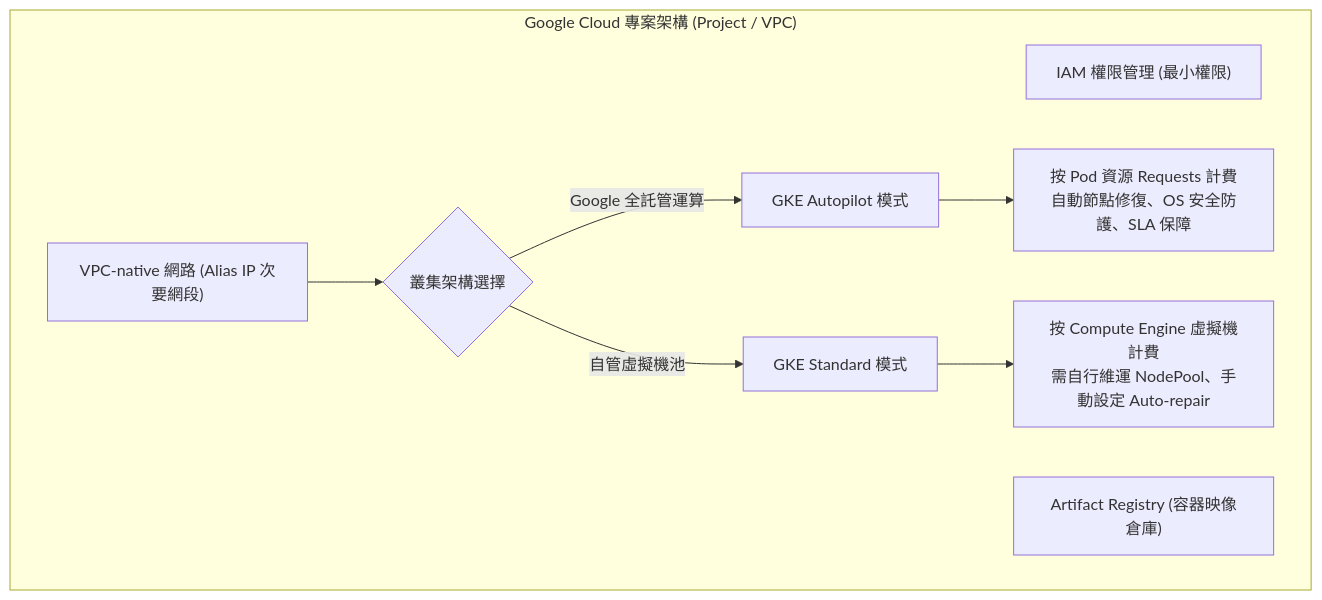
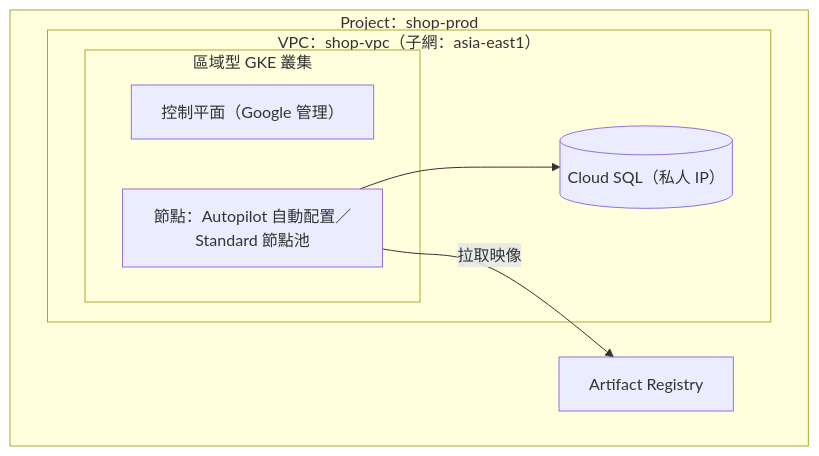
The diagram in src/content/docs/platforms/gke/platform-modes.md (RayLiu1999/Wiki), drawn with Mermaid before and after one commit. The commit also changed other lines of this file and 4 other files, not shown here.

````diff
--- a/src/content/docs/platforms/gke/platform-modes.md
+++ b/src/content/docs/platforms/gke/platform-modes.md
@@ -29,16 +47,15 @@
 ```mermaid
-flowchart TD
-    subgraph GCP["Google Cloud 專案架構 (Project / VPC)"]
-        IAM["IAM 權限管理 (最小權限)"]
-        AR["Artifact Registry (容器映像倉庫)"]
-        VPC["VPC-native 網路 (Alias IP 次要網段)"]
-        
-        VPC --> ModeChoice{叢集架構選擇}
-        
-        ModeChoice -->|Google 全託管運算| Auto["GKE Autopilot 模式"]
-        Auto --> AutoCost["按 Pod 資源 Requests 計費<br/>自動節點修復、OS 安全防護、SLA 保障"]
-        
-        ModeChoice -->|自管虛擬機池| Std["GKE Standard 模式"]
-        Std --> StdCost["按 Compute Engine 虛擬機計費<br/>需自行維運 NodePool、手動設定 Auto-repair"]
+flowchart TB
+    subgraph Project["Project：shop-prod"]
+        subgraph VPC["VPC：shop-vpc（子網：asia-east1）"]
+            subgraph GKE["區域型 GKE 叢集"]
+                CP["控制平面（Google 管理）"]
+                Nodes["節點：Autopilot 自動配置／Standard 節點池"]
+            end
+            SQL[("Cloud SQL（私人 IP）")]
+        end
+        AR["Artifact Registry"]
     end
+    Nodes -->|"拉取映像"| AR
+    Nodes --> SQL
 ```
````
